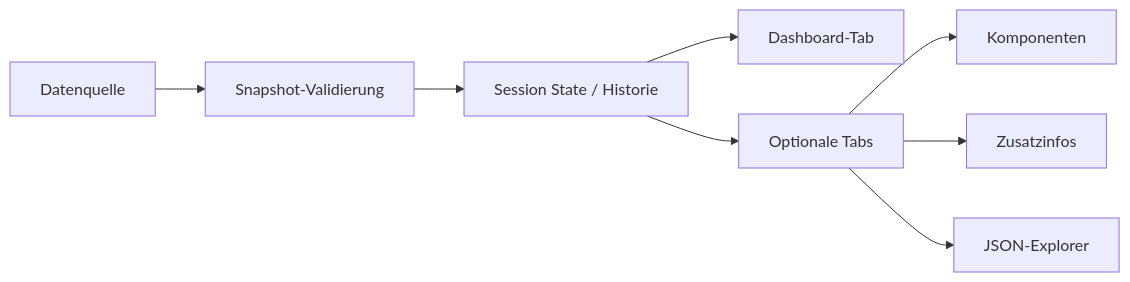
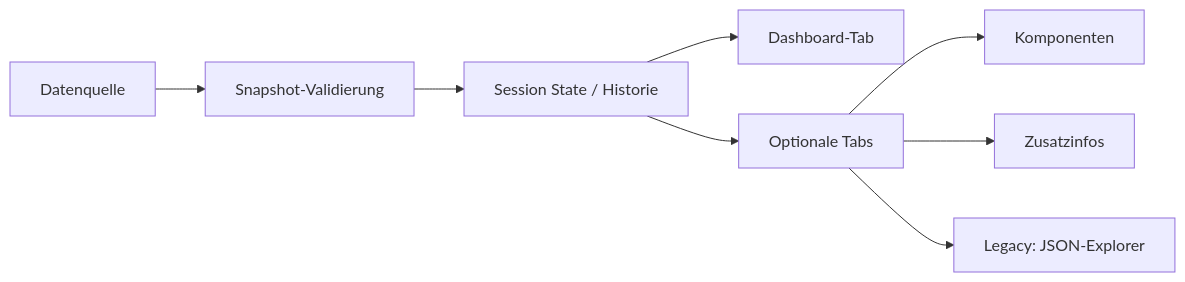
The diagram in README.md (BengtRademacher/Energy_Monitoring), drawn with Mermaid before and after one commit. The commit also changed other lines of this file and 25 other files, not shown here.

````diff
--- a/README.md
+++ b/README.md
@@ -34,10 +35,10 @@
 ```mermaid
 flowchart LR
     A["Datenquelle"] --> B["Snapshot-Validierung"]
     B --> C["Session State / Historie"]
     C --> D["Dashboard-Tab"]
     C --> E["Optionale Tabs"]
     E --> F["Komponenten"]
     E --> G["Zusatzinfos"]
-    E --> H["JSON-Explorer"]
+    E --> H["Legacy: JSON-Explorer"]
 ```
````
